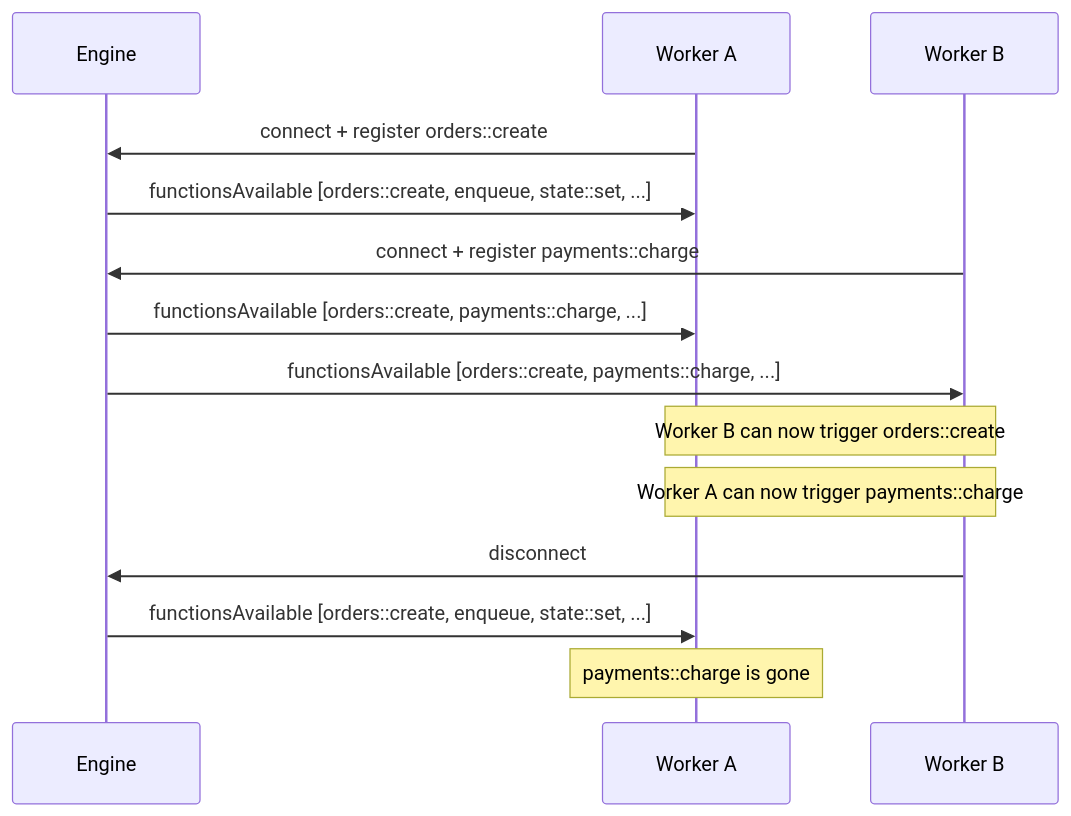
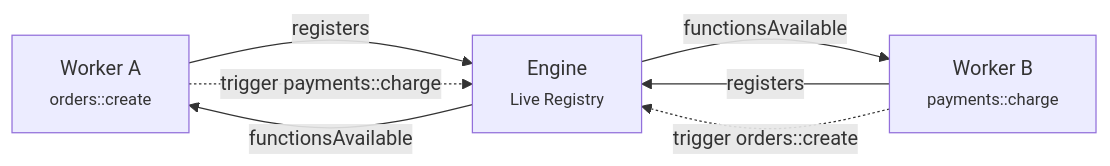
Before and after one commit to iii-hq/docs: the diagram in content/concepts/discovery.mdx, drawn with Mermaid. The commit also changed 1 other file, not shown here.

Commit message:
fix: replace broken sequence diagram with graph LR, align Discovery copy

````diff
--- a/content/concepts/discovery.mdx
+++ b/content/concepts/discovery.mdx
@@ -16,20 +16,9 @@
 ```mermaid
-sequenceDiagram
-    participant E as Engine
-    participant WA as Worker A
-    participant WB as Worker B
-
-    WA->>E: connect + register orders::create
-    E->>WA: functionsAvailable [orders::create, enqueue, state::set, ...]
-
-    WB->>E: connect + register payments::charge
-    E->>WA: functionsAvailable [orders::create, payments::charge, ...]
-    E->>WB: functionsAvailable [orders::create, payments::charge, ...]
-
-    Note over WA,WB: Worker B can now trigger orders::create
-    Note over WA,WB: Worker A can now trigger payments::charge
-
-    WB->>E: disconnect
-    E->>WA: functionsAvailable [orders::create, enqueue, state::set, ...]
-    Note over WA: payments::charge is gone
+graph LR
+    WA["Worker A<br/><small>orders::create</small>"] -->|registers| E["Engine<br/><small>Live Registry</small>"]
+    WB["Worker B<br/><small>payments::charge</small>"] -->|registers| E
+    E -->|"functionsAvailable"| WA
+    E -->|"functionsAvailable"| WB
+    WA -.->|"trigger payments::charge"| E
+    WB -.->|"trigger orders::create"| E
 ```
````
